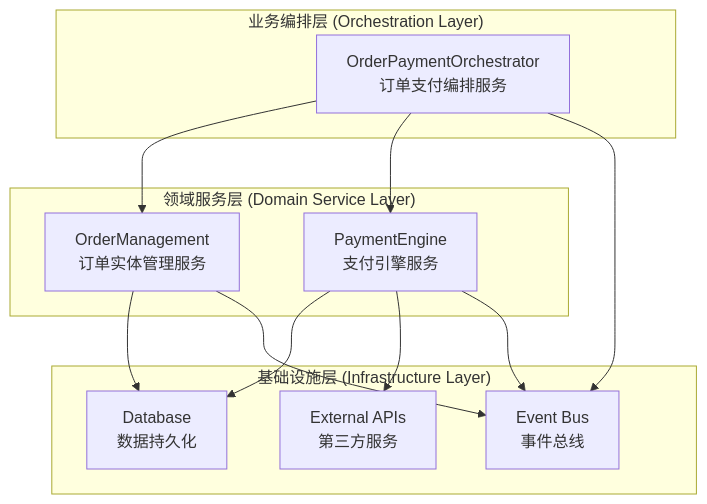
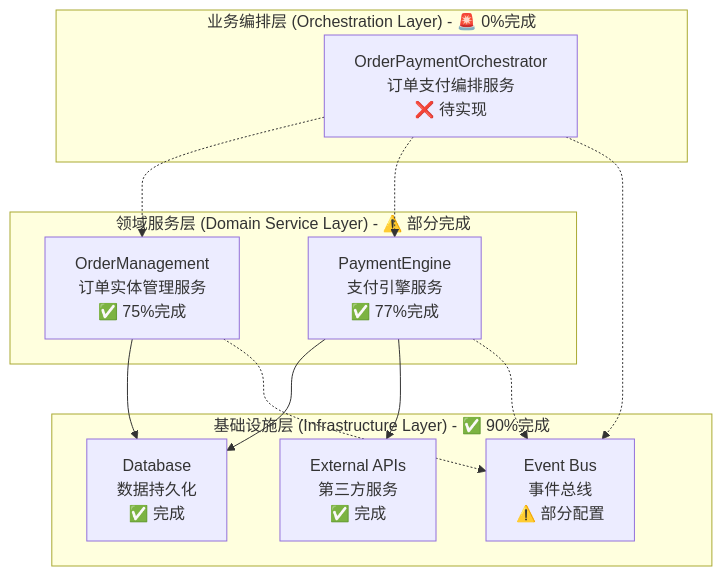
One commit to ZENCR-dev/backend_test0514 changed the diagram in SOPv2.0_DDD_Architecture_MVP1.0.md. Above: the diagram before and after it, drawn with Mermaid. The commit also changed other lines of this file and 6 other files, not shown here.

Commit message:
docs: 完成文档重构阶段 - 创建三核心文档体系 - 更新SOPv2.0为项目技术标准和架构原则 - 创建Task5DDDPLAN.md作为任务实施战略图 - 创建PROGRESS_TRACKER.md作为项目导航日志 - 备份原有文档到archive版本 - 消除文档间一致性冲突 - 确认实际进度：Task5A(75%) Task5B(77%) Task5C(0%) - 为Task5A开发阶段做好文档基础

````diff
--- a/SOPv2.0_DDD_Architecture_MVP1.0.md
+++ b/SOPv2.0_DDD_Architecture_MVP1.0.md
@@ -70,26 +89,26 @@
 ```mermaid
 graph TD
-    subgraph "业务编排层 (Orchestration Layer)"
-        A["OrderPaymentOrchestrator<br/>订单支付编排服务"]
+    subgraph "业务编排层 (Orchestration Layer) - 🚨 0%完成"
+        A["OrderPaymentOrchestrator<br/>订单支付编排服务<br/>❌ 待实现"]
     end
     
-    subgraph "领域服务层 (Domain Service Layer)"
-        B["OrderManagement<br/>订单实体管理服务"]
-        C["PaymentEngine<br/>支付引擎服务"]
+    subgraph "领域服务层 (Domain Service Layer) - ⚠️ 部分完成"
+        B["OrderManagement<br/>订单实体管理服务<br/>✅ 75%完成"]
+        C["PaymentEngine<br/>支付引擎服务<br/>✅ 77%完成"]
     end
     
-    subgraph "基础设施层 (Infrastructure Layer)"
-        D["Database<br/>数据持久化"]
-        E["External APIs<br/>第三方服务"]
-        F["Event Bus<br/>事件总线"]
+    subgraph "基础设施层 (Infrastructure Layer) - ✅ 90%完成"
+        D["Database<br/>数据持久化<br/>✅ 完成"]
+        E["External APIs<br/>第三方服务<br/>✅ 完成"]
+        F["Event Bus<br/>事件总线<br/>⚠️ 部分配置"]
     end
     
-    A --> B
-    A --> C
-    A --> F
+    A -.-> B
+    A -.-> C
+    A -.-> F
     B --> D
     C --> D
     C --> E
-    B --> F
-    C --> F
+    B -.-> F
+    C -.-> F
 ```
````
